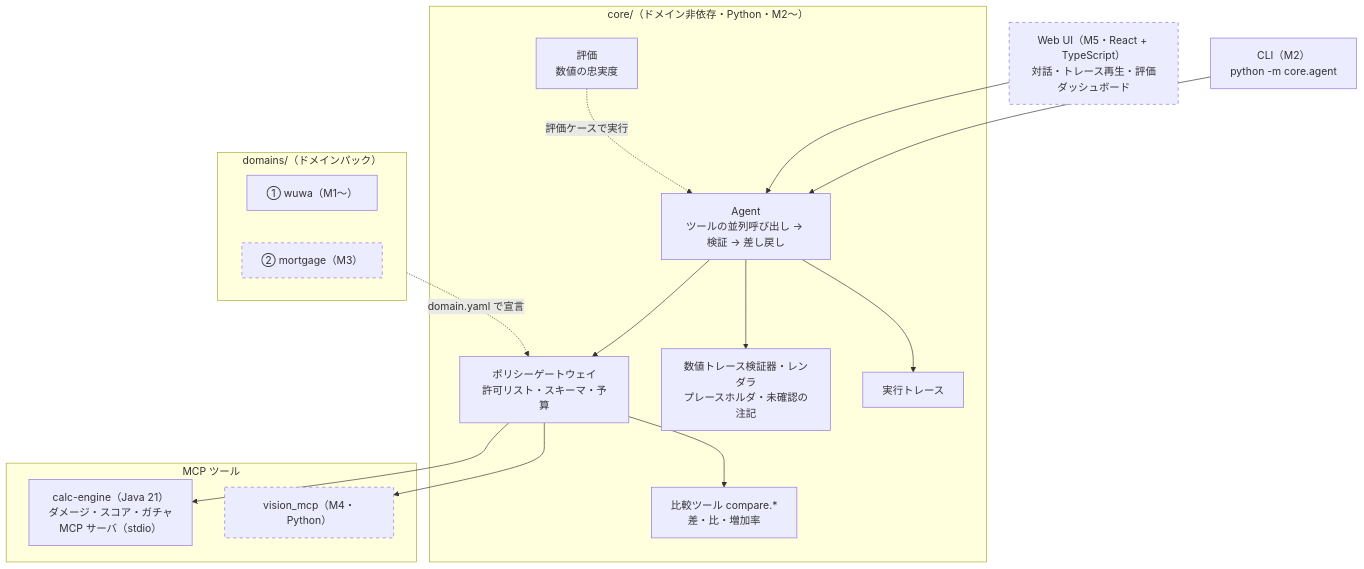
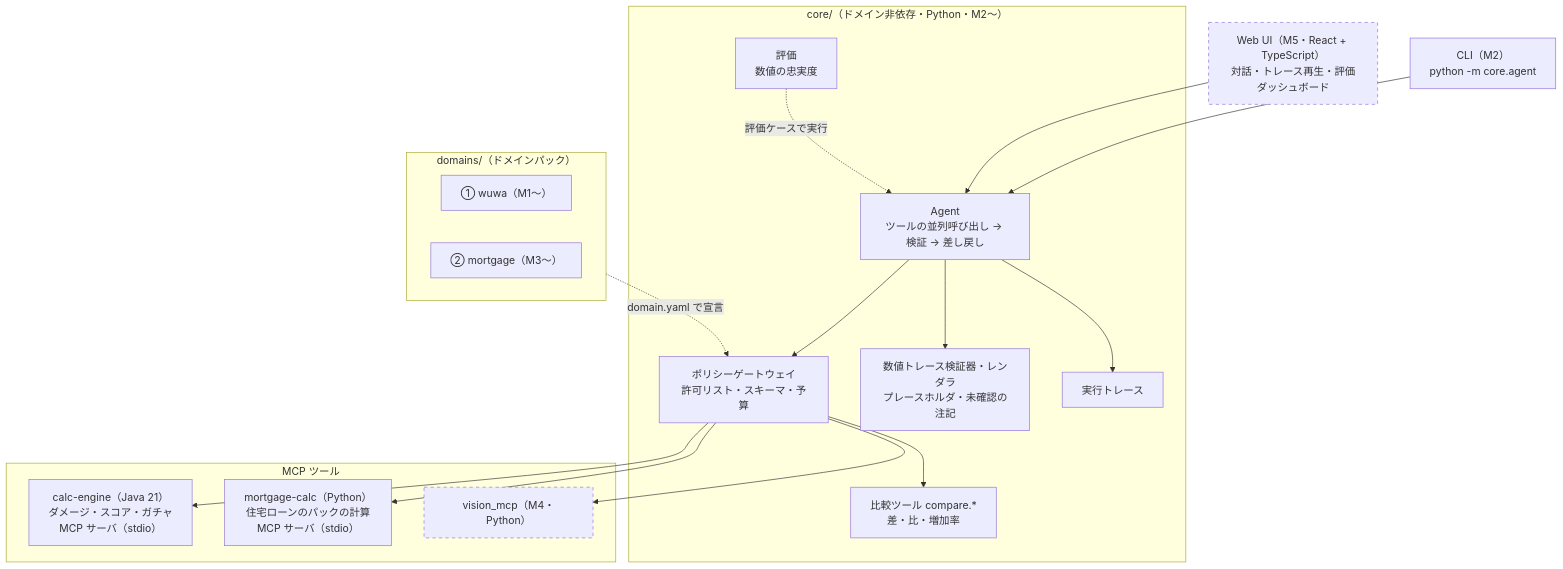
The first of 2 diagrams in docs/architecture.md (hexinlong9981/echolab), drawn with Mermaid before and after one commit. The commit also changed other lines of this file and 41 other files, not shown here.

````diff
--- a/docs/architecture.md
+++ b/docs/architecture.md
@@ -11,31 +11,32 @@
 ```mermaid
 flowchart TB
   CLI["CLI（M2）<br/>python -m core.agent"]
   UI["Web UI（M5・React + TypeScript）<br/>対話・トレース再生・評価ダッシュボード"]
   subgraph core["core/（ドメイン非依存・Python・M2〜）"]
     AG["Agent<br/>ツールの並列呼び出し → 検証 → 差し戻し"]
     GW["ポリシーゲートウェイ<br/>許可リスト・スキーマ・予算"]
     VF["数値トレース検証器・レンダラ<br/>プレースホルダ・未確認の注記"]
     CMP["比較ツール compare.*<br/>差・比・増加率"]
     EV["評価<br/>数値の忠実度"]
     TR["実行トレース"]
   end
   subgraph tools["MCP ツール"]
     CE["calc-engine（Java 21）<br/>ダメージ・スコア・ガチャ<br/>MCP サーバ（stdio）"]
+    MC["mortgage-calc（Python）<br/>住宅ローンのパックの計算<br/>MCP サーバ（stdio）"]
     VM["vision_mcp（M4・Python）"]
   end
   subgraph domains["domains/（ドメインパック）"]
     D1["① wuwa（M1〜）"]
-    D3["② mortgage（M3）"]
+    D3["② mortgage（M3〜）"]
   end
   CLI --> AG
   UI --> AG
-  AG --> GW --> CE & CMP & VM
+  AG --> GW --> CE & MC & CMP & VM
   AG --> VF
   AG --> TR
   domains -. "domain.yaml で宣言" .-> GW
   EV -. "評価ケースで実行" .-> AG
 
   classDef planned stroke-dasharray: 5 5
-  class UI,VM,D3 planned
+  class UI,VM planned
 ```
````
